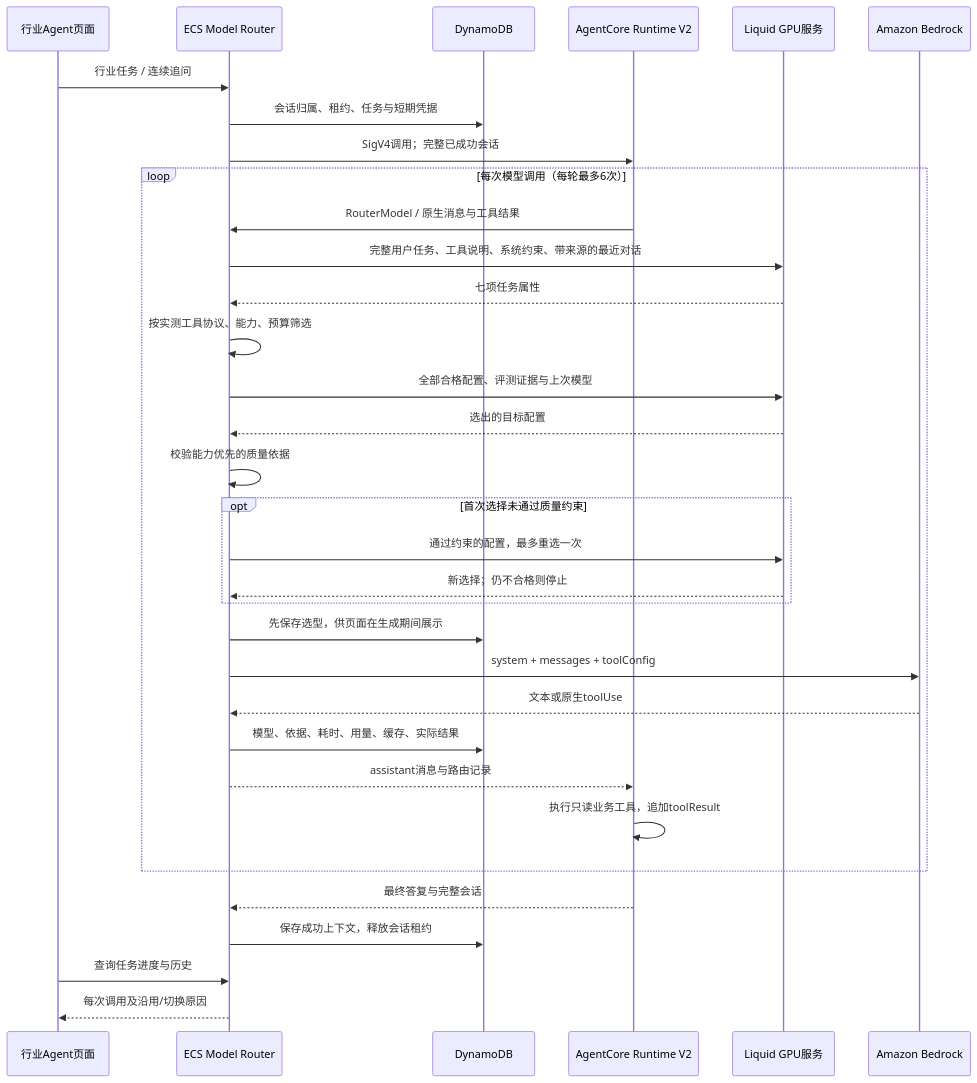
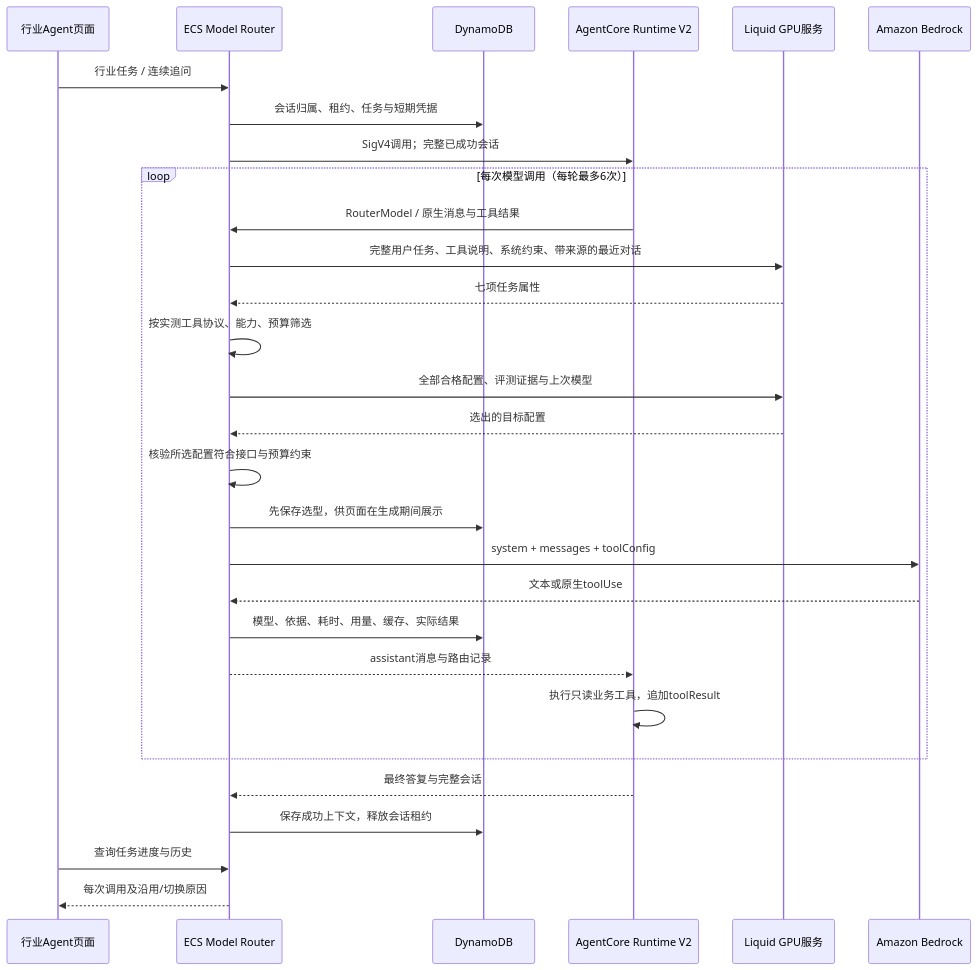
Before and after one commit to milan9527/DeciderModelRouter: the diagram in docs/INDUSTRY_AGENTS.zh.md, drawn with Mermaid. The commit also changed other lines of this file and 57 other files, not shown here.

````diff
--- a/docs/INDUSTRY_AGENTS.zh.md
+++ b/docs/INDUSTRY_AGENTS.zh.md
@@ -42,35 +42,31 @@
 ```mermaid
 sequenceDiagram
     participant UI as 行业Agent页面
     participant GW as ECS Model Router
     participant DB as DynamoDB
     participant AC as AgentCore Runtime V2
     participant GPU as Liquid GPU服务
     participant BR as Amazon Bedrock
     UI->>GW: 行业任务 / 连续追问
     GW->>DB: 会话归属、租约、任务与短期凭据
     GW->>AC: SigV4调用；完整已成功会话
     loop 每次模型调用（每轮最多6次）
         AC->>GW: RouterModel / 原生消息与工具结果
         GW->>GPU: 完整用户任务、工具说明、系统约束、带来源的最近对话
         GPU-->>GW: 七项任务属性
         GW->>GW: 按实测工具协议、能力、预算筛选
         GW->>GPU: 全部合格配置、评测证据与上次模型
         GPU-->>GW: 选出的目标配置
-        GW->>GW: 校验能力优先的质量依据
-        opt 首次选择未通过质量约束
-            GW->>GPU: 通过约束的配置，最多重选一次
-            GPU-->>GW: 新选择；仍不合格则停止
-        end
+        GW->>GW: 核验所选配置符合接口与预算约束
         GW->>DB: 先保存选型，供页面在生成期间展示
         GW->>BR: system + messages + toolConfig
         BR-->>GW: 文本或原生toolUse
         GW->>DB: 模型、依据、耗时、用量、缓存、实际结果
         GW-->>AC: assistant消息与路由记录
         AC->>AC: 执行只读业务工具，追加toolResult
     end
     AC-->>GW: 最终答复与完整会话
     GW->>DB: 保存成功上下文，释放会话租约
     UI->>GW: 查询任务进度与历史
     GW-->>UI: 每次调用及沿用/切换原因
 ```
````
